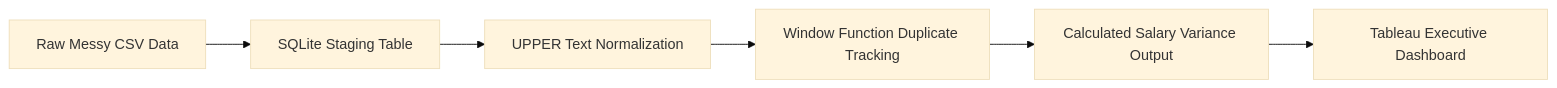
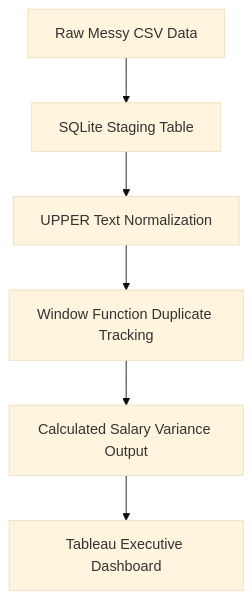
One commit to asianamie/SQL-Music-Store-Analysis changed the diagram in README.md. Above: the diagram before and after it, drawn with Mermaid (base theme).

````diff
--- a/README.md
+++ b/README.md
@@ -34,8 +34,8 @@
 ```mermaid
-graph LR
+graph TD
 A[Raw Messy CSV Data] --> B[SQLite Staging Table]
 B --> C[UPPER Text Normalization]
 C --> D[Window Function Duplicate Tracking]
 D --> E[Calculated Salary Variance Output]
 E --> F[Tableau Executive Dashboard]
 ```
````
